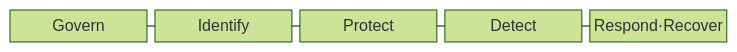
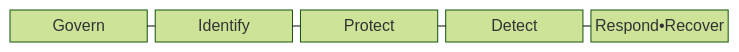
One commit to agnusdei1207/knowledge-base changed the first of 2 diagrams in src/content/docs/notes/07-law-policy/037_nist_csf_2_0.md. Above: the diagram before and after it, drawn with Mermaid (forest theme). The commit also changed other lines of this file and 953 other files, not shown here.

````diff
--- a/src/content/docs/notes/07-law-policy/037_nist_csf_2_0.md
+++ b/src/content/docs/notes/07-law-policy/037_nist_csf_2_0.md
@@ -68,9 +68,9 @@
 ```mermaid
 block-beta
     columns 5
-    G["Govern"] I["Identify"] P["Protect"] D["Detect"] R["Respond·Recover"]
+    G["Govern"] I["Identify"] P["Protect"] D["Detect"] R["Respond•Recover"]
     G --- I
     I --- P
     P --- D
     D --- R
 ```
````
